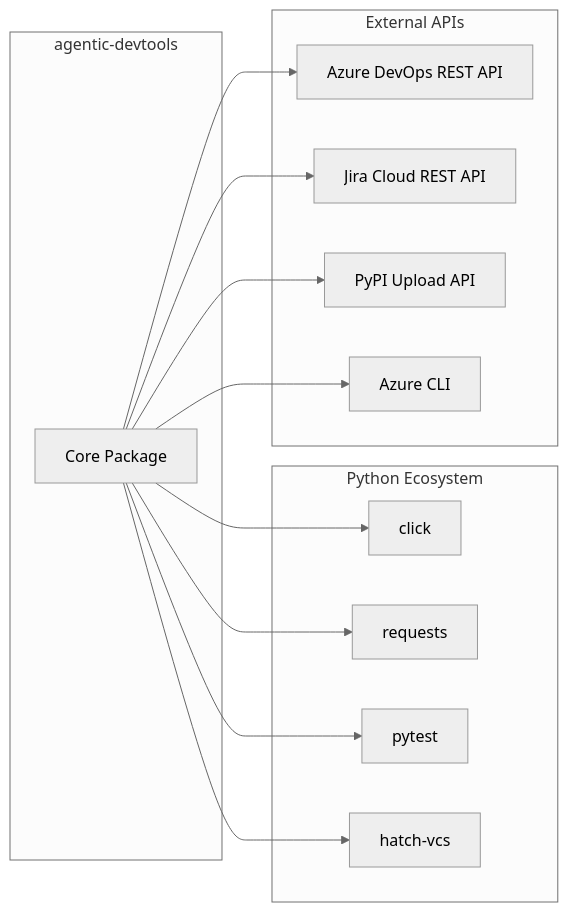
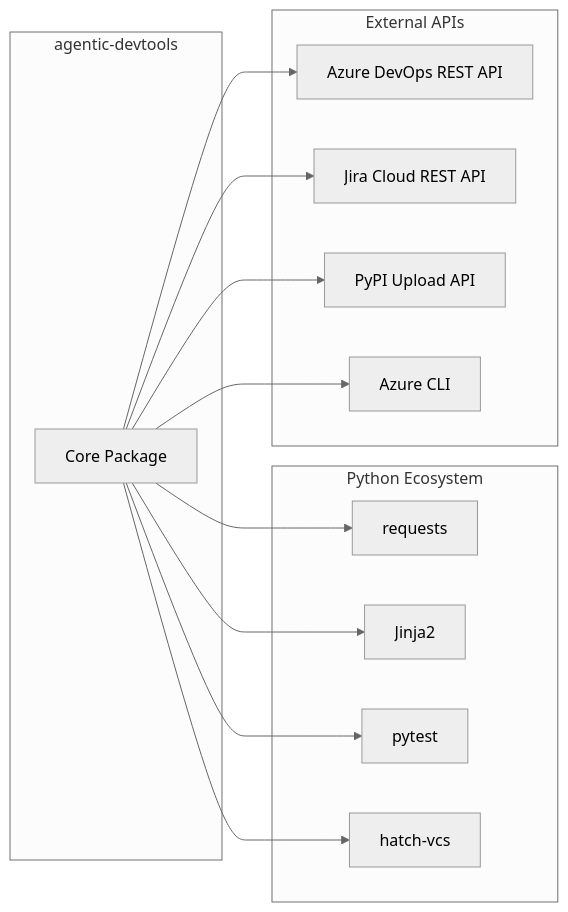
One commit to ayaiayorg/agentic-devtools changed the diagram in docs/02-architecture-constraints.md. Above: the diagram before and after it, drawn with Mermaid (neutral theme). The commit also changed 8 other files, not shown here.

````diff
--- a/docs/02-architecture-constraints.md
+++ b/docs/02-architecture-constraints.md
@@ -46,29 +46,29 @@
 ```mermaid
 graph LR
     subgraph "agentic-devtools"
         Core[Core Package]
     end
     
     subgraph "Python Ecosystem"
-        Click[click]
         Requests[requests]
+        Jinja2[Jinja2]
         Pytest[pytest]
         Hatch[hatch-vcs]
     end
     
     subgraph "External APIs"
         ADO_API[Azure DevOps REST API]
         Jira_API[Jira Cloud REST API]
         PyPI_API[PyPI Upload API]
         Azure_CLI[Azure CLI]
     end
     
-    Core --> Click
     Core --> Requests
+    Core --> Jinja2
     Core --> Pytest
     Core --> Hatch
     Core --> ADO_API
     Core --> Jira_API
     Core --> PyPI_API
     Core --> Azure_CLI
 ```
````
